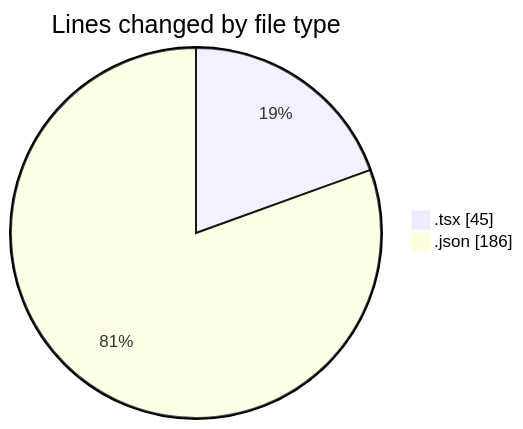
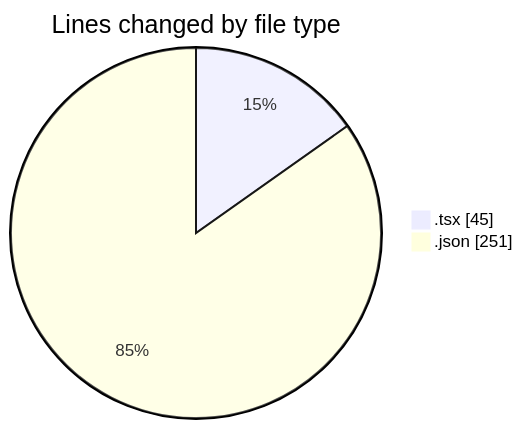
The first of 2 diagrams in 2026-04-14/cda/README.md (momahboobian/code-tracking), drawn with Mermaid before and after one commit. The commit also changed other lines of this file and 1 other file, not shown here.

````diff
--- a/2026-04-14/cda/README.md
+++ b/2026-04-14/cda/README.md
@@ -21,6 +22,6 @@
 ```mermaid
 pie showData
 title Lines changed by file type
 ".tsx" : 45
-".json" : 186
+".json" : 251
 ```
````
